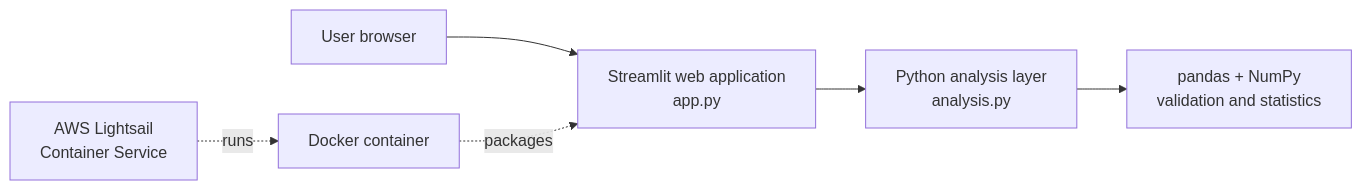
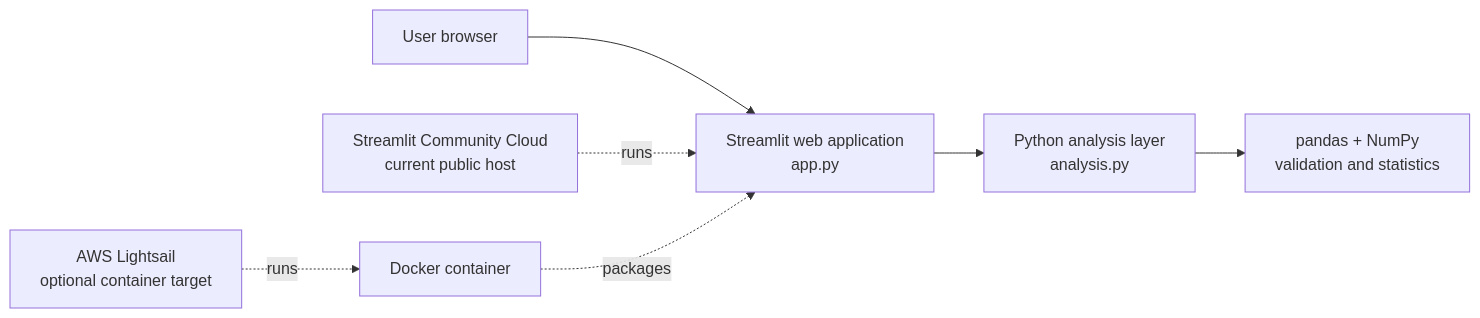
Before and after one commit to DrWangZezhao/evaluation-data-inspector: the diagram in README.md, drawn with Mermaid. The commit also changed other lines of this file, not shown here.

````diff
--- a/README.md
+++ b/README.md
@@ -21,8 +27,9 @@
 ```mermaid
 flowchart LR
     U["User browser"] --> S["Streamlit web application<br/>app.py"]
     S --> A["Python analysis layer<br/>analysis.py"]
     A --> P["pandas + NumPy<br/>validation and statistics"]
+    C["Streamlit Community Cloud<br/>current public host"] -. runs .-> S
     D["Docker container"] -. packages .-> S
-    L["AWS Lightsail<br/>Container Service"] -. runs .-> D
+    L["AWS Lightsail<br/>optional container target"] -. runs .-> D
 ```
````
